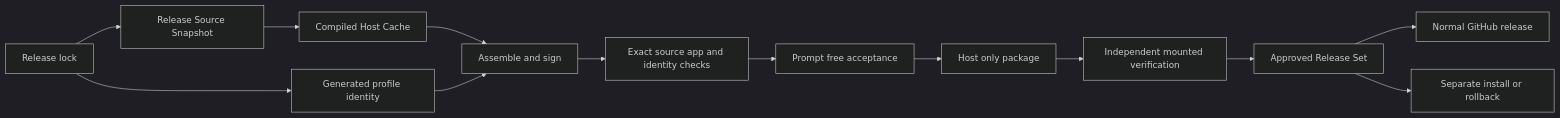
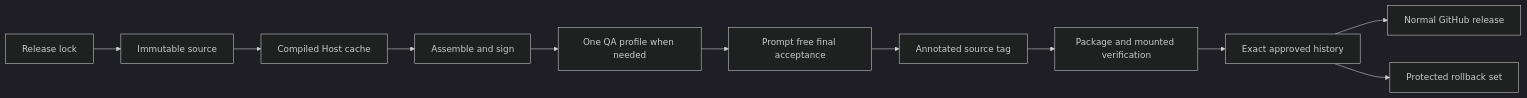
The diagram in wiki/architecture/release-trust-and-compatibility.md (alexwck/dbcode-wrapper), drawn with Mermaid (dark theme) before and after one commit. The commit also changed other lines of this file and 15 other files, not shown here.

````diff
--- a/wiki/architecture/release-trust-and-compatibility.md
+++ b/wiki/architecture/release-trust-and-compatibility.md
@@ -22,15 +22,13 @@
 ```mermaid
 flowchart LR
-  L[Release lock] --> S[Release Source Snapshot]
-  S --> C[Compiled Host Cache]
-  L --> I[Generated profile identity]
+  L[Release lock] --> S[Immutable source]
+  S --> C[Compiled Host cache]
   C --> A[Assemble and sign]
-  I --> A
-  A --> E[Exact source app and identity checks]
-  E --> R[Prompt free acceptance]
-  R --> K[Host only package]
-  K --> V[Independent mounted verification]
-  V --> P[Approved Release Set]
-  P --> G[Normal GitHub release]
-  P --> X[Separate install or rollback]
+  A --> Q[One QA profile when needed]
+  Q --> F[Prompt free final acceptance]
+  F --> T[Annotated source tag]
+  T --> P[Package and mounted verification]
+  P --> H[Exact approved history]
+  H --> G[Normal GitHub release]
+  H --> R[Protected rollback set]
 ```
````
